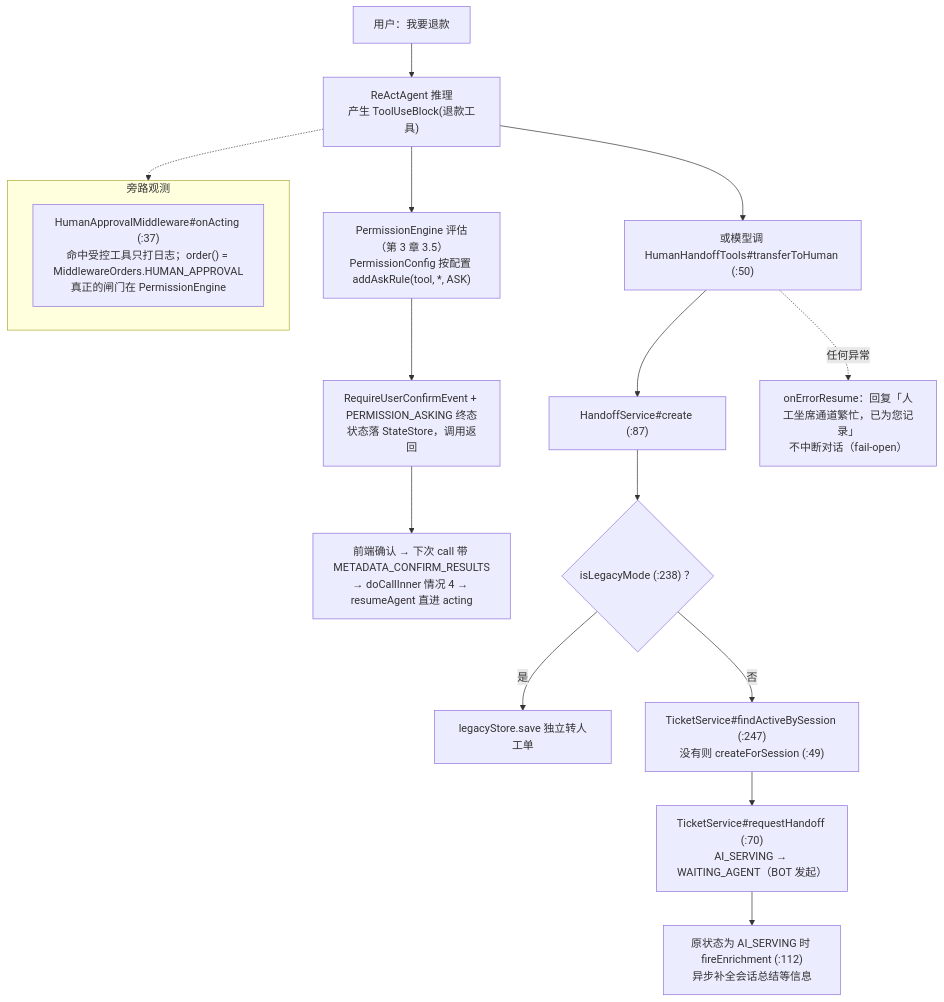
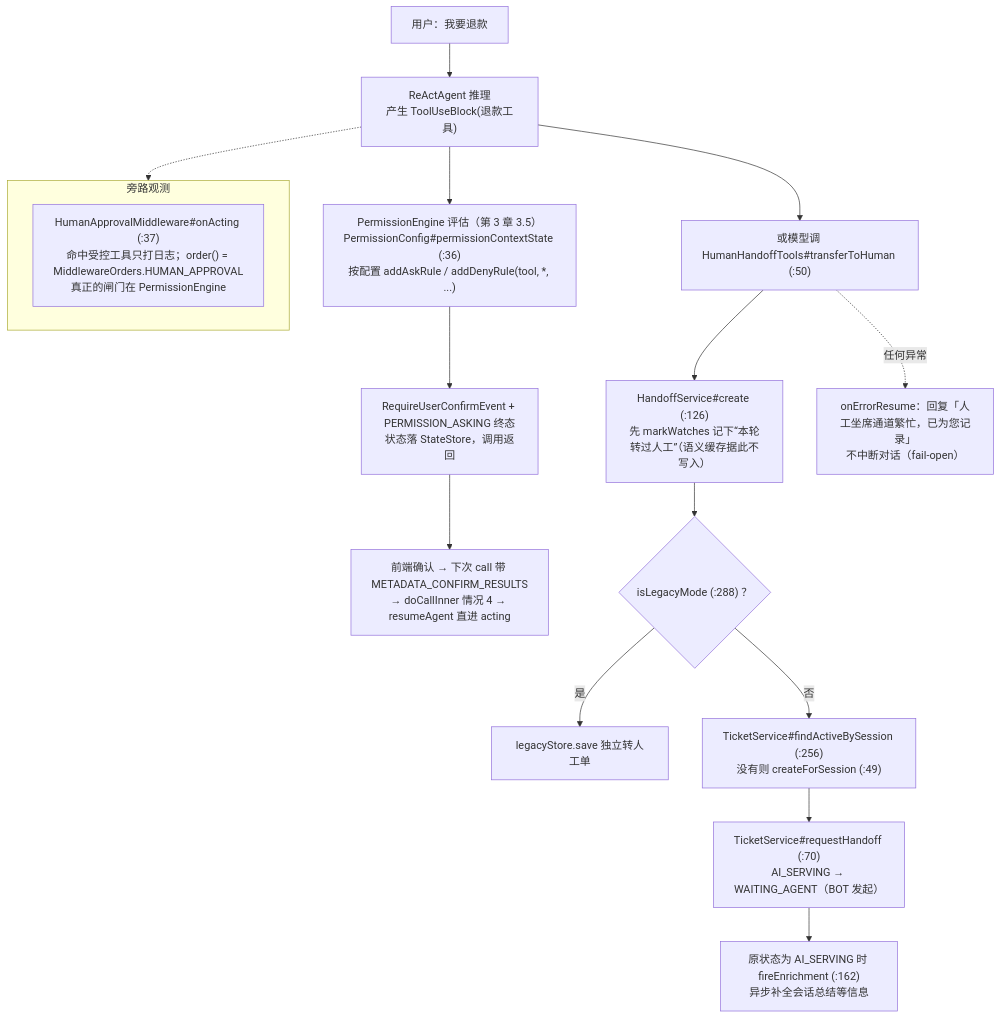
Before and after one commit to liulangjietou/AgentScope-source-analysis: the fifth of 8 diagrams in 09-customer_work场景全景映射.md, drawn with Mermaid. The commit also changed other lines of this file, not shown here.

````diff
--- a/09-customer_work场景全景映射.md
+++ b/09-customer_work场景全景映射.md
@@ -141,19 +176,19 @@
 ```mermaid
 flowchart TB
     U["用户：我要退款"] --> AGENT["ReActAgent 推理<br/>产生 ToolUseBlock(退款工具)"]
-    AGENT --> PERM["PermissionEngine 评估（第 3 章 3.5）<br/>PermissionConfig 按配置 addAskRule(tool, *, ASK)"]
+    AGENT --> PERM["PermissionEngine 评估（第 3 章 3.5）<br/>PermissionConfig#permissionContextState (:36)<br/>按配置 addAskRule / addDenyRule(tool, *, ...)"]
     PERM --> ASKED["RequireUserConfirmEvent + PERMISSION_ASKING 终态<br/>状态落 StateStore，调用返回"]
     ASKED --> CONFIRM["前端确认 → 下次 call 带 METADATA_CONFIRM_RESULTS<br/>→ doCallInner 情况 4 → resumeAgent 直进 acting"]
     AGENT --> HAND["或模型调 HumanHandoffTools#transferToHuman (:50)"]
-    HAND --> HS["HandoffService#create (:87)"]
-    HS --> LEG{"isLegacyMode (:238) ？"}
+    HAND --> HS["HandoffService#create (:126)<br/>先 markWatches 记下“本轮转过人工”（语义缓存据此不写入）"]
+    HS --> LEG{"isLegacyMode (:288) ？"}
     LEG -->|"是"| LS["legacyStore.save 独立转人工单"]
-    LEG -->|"否"| TK["TicketService#findActiveBySession (:247)<br/>没有则 createForSession (:49)"]
+    LEG -->|"否"| TK["TicketService#findActiveBySession (:256)<br/>没有则 createForSession (:49)"]
     TK --> RH["TicketService#requestHandoff (:70)<br/>AI_SERVING → WAITING_AGENT（BOT 发起）"]
-    RH --> EN["原状态为 AI_SERVING 时 fireEnrichment (:112)<br/>异步补全会话总结等信息"]
+    RH --> EN["原状态为 AI_SERVING 时 fireEnrichment (:162)<br/>异步补全会话总结等信息"]
     HAND -.->|"任何异常"| BUSY["onErrorResume：回复「人工坐席通道繁忙，已为您记录」<br/>不中断对话（fail-open）"]
     subgraph OBS["旁路观测"]
         HAM["HumanApprovalMiddleware#onActing (:37)<br/>命中受控工具只打日志；order() = MiddlewareOrders.HUMAN_APPROVAL<br/>真正的闸门在 PermissionEngine"]
     end
     AGENT -.-> OBS
 ```
````
